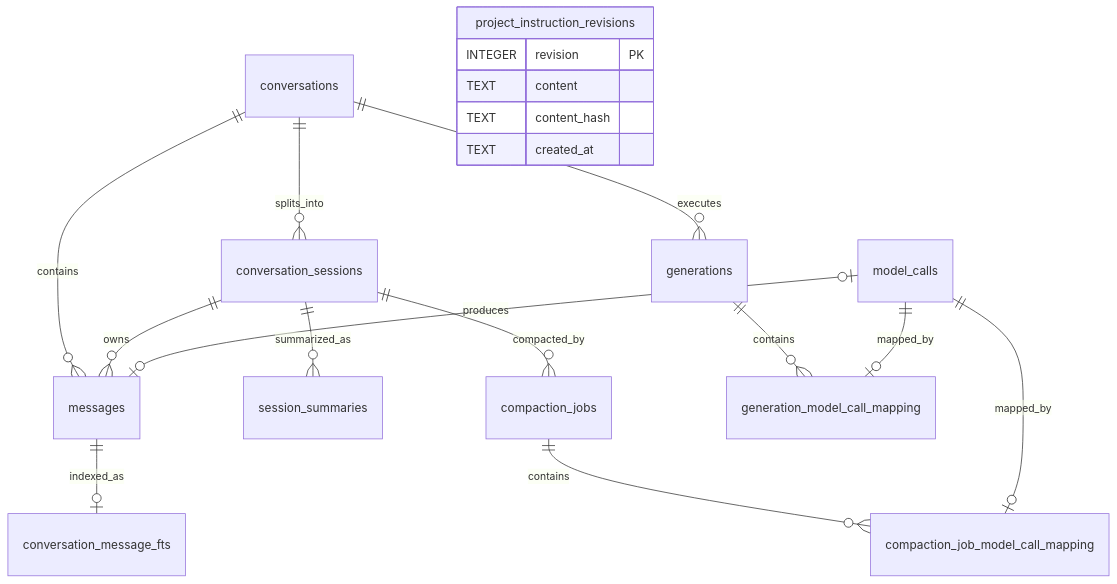
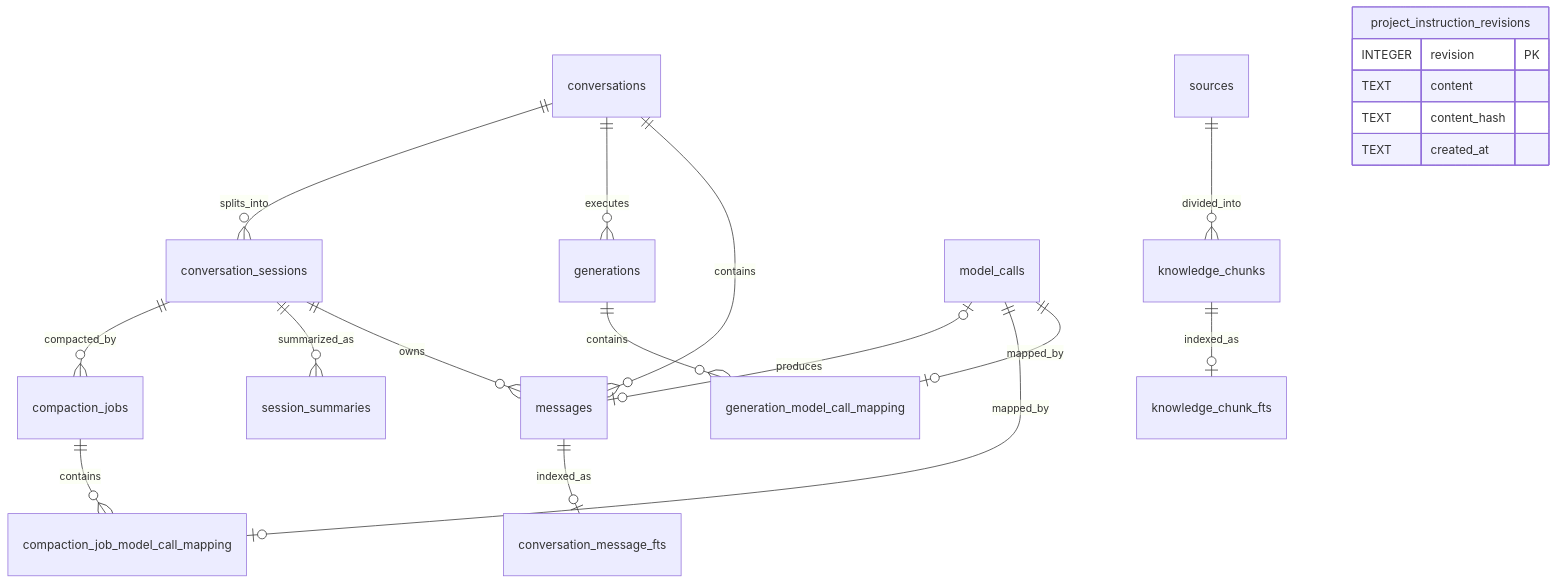
The diagram in docs/DATABASE_DESIGN.md (Mengman/CleoDoc), drawn with Mermaid before and after one commit. The commit also changed other lines of this file and 24 other files, not shown here.

Commit message:
feat: persist material chunks and add FTS search

````diff
--- a/docs/DATABASE_DESIGN.md
+++ b/docs/DATABASE_DESIGN.md
@@ -47,21 +51,23 @@
 ```mermaid
 erDiagram
     conversations ||--o{ messages : contains
     conversations ||--o{ generations : executes
     conversations ||--o{ conversation_sessions : splits_into
     conversation_sessions ||--o{ messages : owns
     conversation_sessions ||--o{ session_summaries : summarized_as
     conversation_sessions ||--o{ compaction_jobs : compacted_by
     messages ||--o| conversation_message_fts : indexed_as
+    sources ||--o{ knowledge_chunks : divided_into
+    knowledge_chunks ||--o| knowledge_chunk_fts : indexed_as
     generations ||--o{ generation_model_call_mapping : contains
     model_calls ||--o| generation_model_call_mapping : mapped_by
     compaction_jobs ||--o{ compaction_job_model_call_mapping : contains
     model_calls ||--o| compaction_job_model_call_mapping : mapped_by
     model_calls o|--o| messages : produces
     project_instruction_revisions {
         INTEGER revision PK
         TEXT content
         TEXT content_hash
         TEXT created_at
     }
 ```
````
